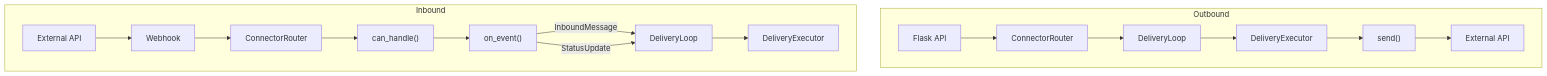
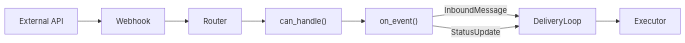
One commit to wazo-platform/wazo-chatd changed the second of 3 diagrams in docs/connector-protocol.md. Above: the diagram before and after it, drawn with Mermaid. The commit also changed other lines of this file and 4 other files, not shown here.

````diff
--- a/docs/connector-protocol.md
+++ b/docs/connector-protocol.md
@@ -11,19 +20,7 @@
 ```mermaid
-flowchart TD
-    subgraph Outbound
-        A[Flask API] --> B[ConnectorRouter]
-        B --> C[DeliveryLoop]
-        C --> D[DeliveryExecutor]
-        D --> E["send()"]
-        E --> F[External API]
-    end
-    subgraph Inbound
-        G[External API] --> H[Webhook]
-        H --> I[ConnectorRouter]
-        I --> J["can_handle()"]
-        J --> K["on_event()"]
-        K -->|InboundMessage| L[DeliveryLoop]
-        K -->|StatusUpdate| L
-        L --> M[DeliveryExecutor]
-    end
+flowchart LR
+    G[External API] --> H[Webhook] --> I[Router] --> J["can_handle()"] --> K["on_event()"]
+    K -->|InboundMessage| L[DeliveryLoop]
+    K -->|StatusUpdate| L
+    L --> M[Executor]
 ```
````
